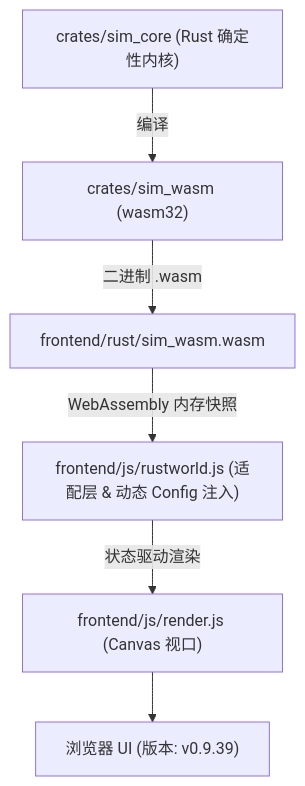
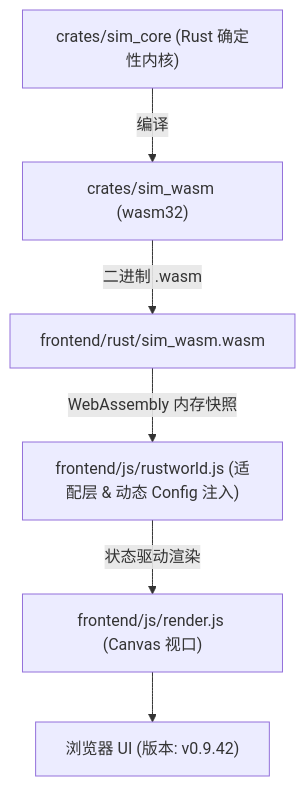
One commit to g39088902/FlowAndAccord changed the diagram in AGENTS.md. Above: the diagram before and after it, drawn with Mermaid. The commit also changed other lines of this file and 13 other files, not shown here.

````diff
--- a/AGENTS.md
+++ b/AGENTS.md
@@ -28,8 +28,8 @@
 ```mermaid
 graph TD
     A["crates/sim_core (Rust 确定性内核)"] -->|编译| B["crates/sim_wasm (wasm32)"]
     B -->|二进制 .wasm| C["frontend/rust/sim_wasm.wasm"]
     C -->|WebAssembly 内存快照| D["frontend/js/rustworld.js (适配层 & 动态 Config 注入)"]
     D -->|状态驱动渲染| E["frontend/js/render.js (Canvas 视口)"]
-    E --> F["浏览器 UI (版本: v0.9.39)"]
+    E --> F["浏览器 UI (版本: v0.9.42)"]
 ```
````
